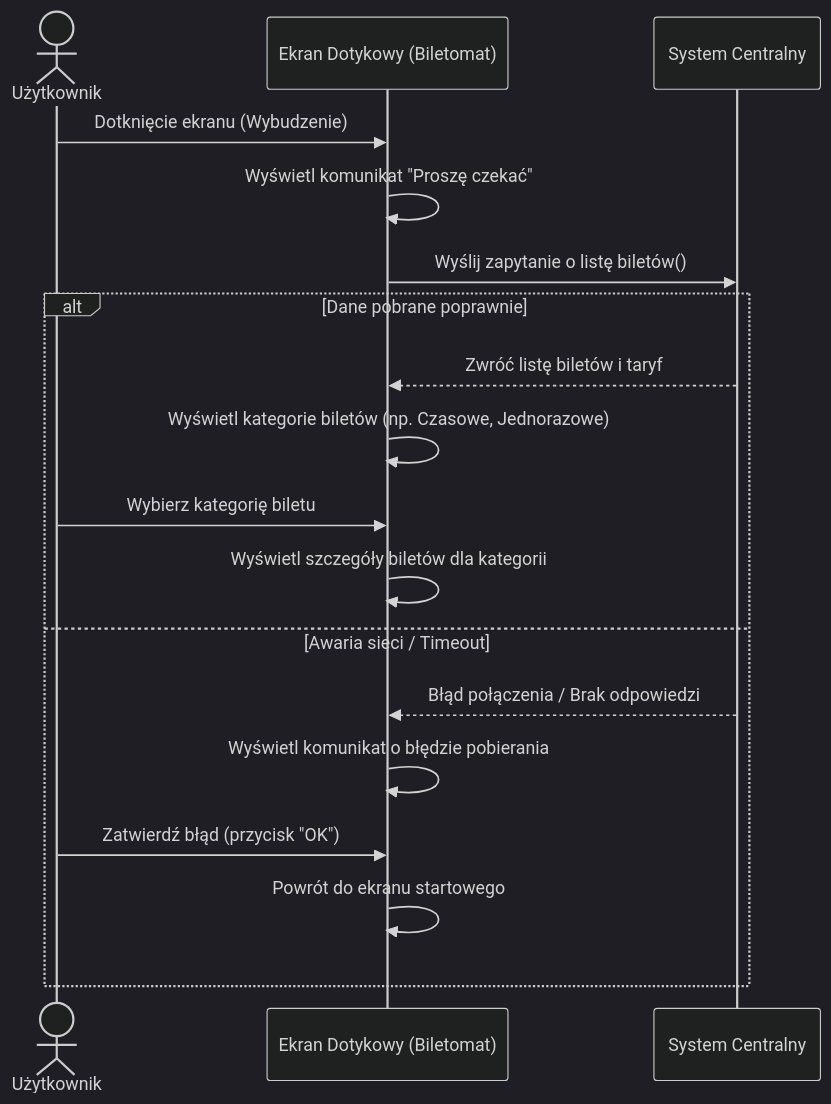
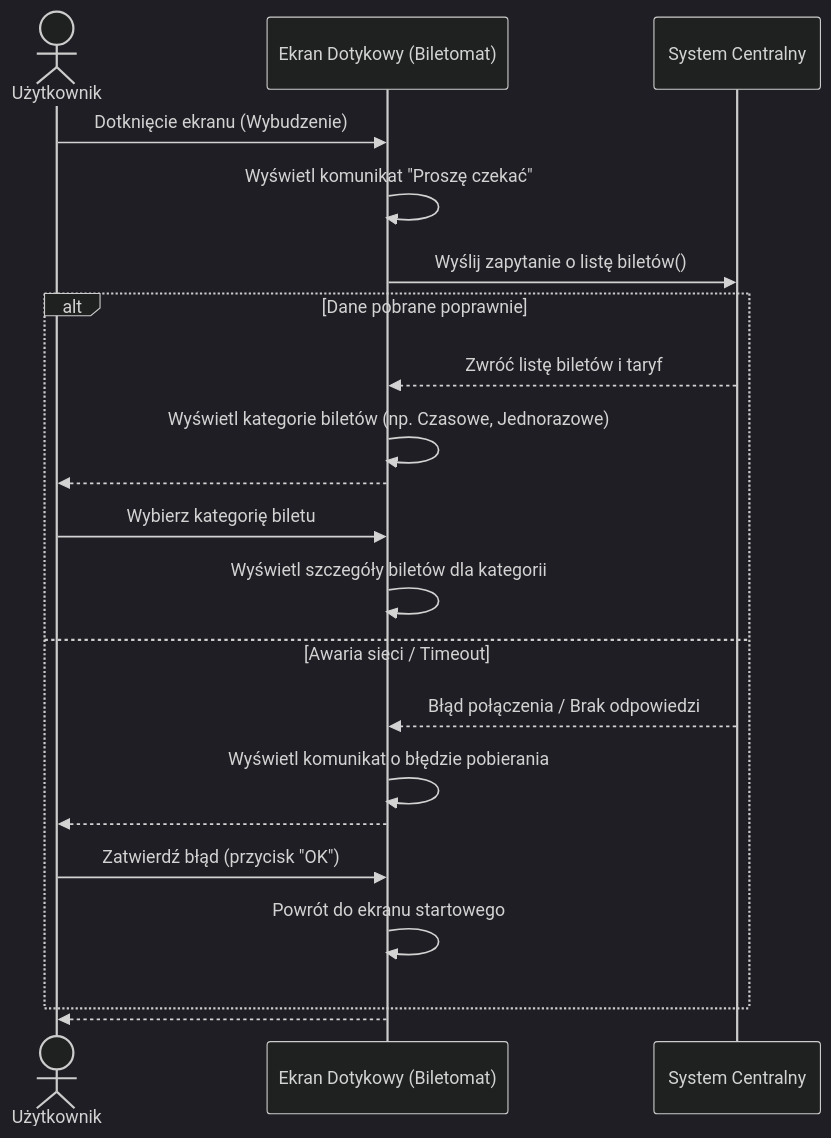
One commit to Igor-Ochocki/MWO changed the diagram in sequences/ticketMachine_showTickets.md. Above: the diagram before and after it, drawn with Mermaid (dark theme). The commit also changed 1 other file, not shown here.

Commit message:
Create sequence diagram for ticket system: get tickets UC, fix flow in ticket machine sequence diagram

````diff
--- a/sequences/ticketMachine_showTickets.md
+++ b/sequences/ticketMachine_showTickets.md
@@ -1,25 +1,29 @@
 ```mermaid
 sequenceDiagram
     actor U as Użytkownik
     participant E as Ekran Dotykowy (Biletomat)
     participant S as System Centralny
 
     U->>E: Dotknięcie ekranu (Wybudzenie)
     E->>E: Wyświetl komunikat "Proszę czekać"
     E->>S: Wyślij zapytanie o listę biletów()
     
     alt Dane pobrane poprawnie
         S-->>E: Zwróć listę biletów i taryf
         E->>E: Wyświetl kategorie biletów (np. Czasowe, Jednorazowe)
+        E-->>U: 
         
         U->>E: Wybierz kategorię biletu
         E->>E: Wyświetl szczegóły biletów dla kategorii
         
     else Awaria sieci / Timeout
         S-->>E: Błąd połączenia / Brak odpowiedzi
         E->>E: Wyświetl komunikat o błędzie pobierania
+        E-->>U: 
         
         U->>E: Zatwierdź błąd (przycisk "OK")
         E->>E: Powrót do ekranu startowego
     end
+
+    E-->>U: 
 ```
````
